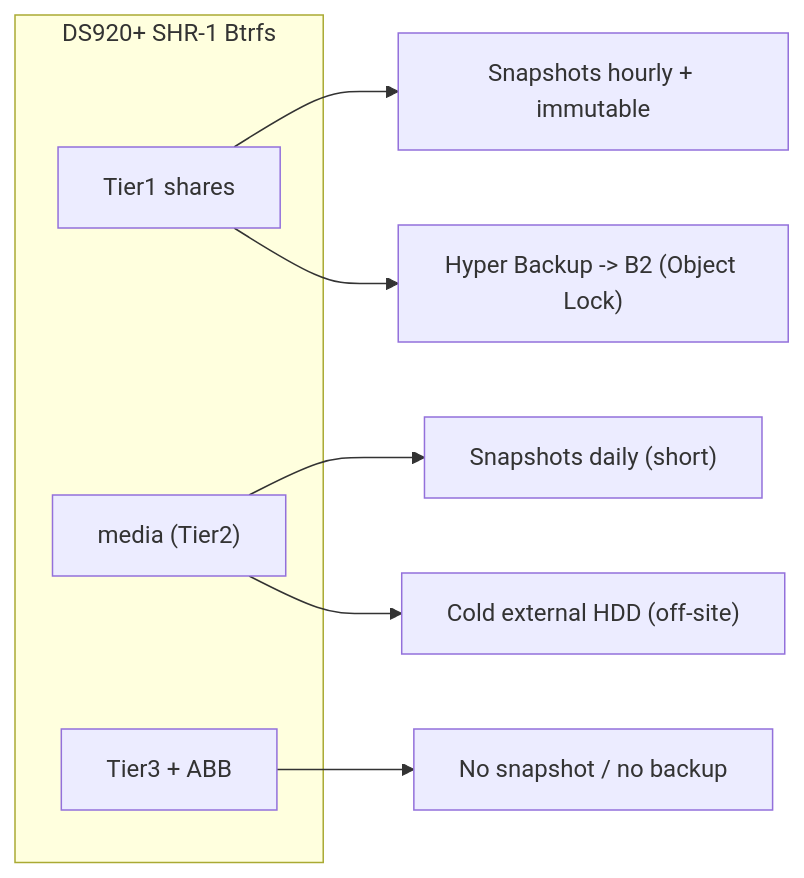
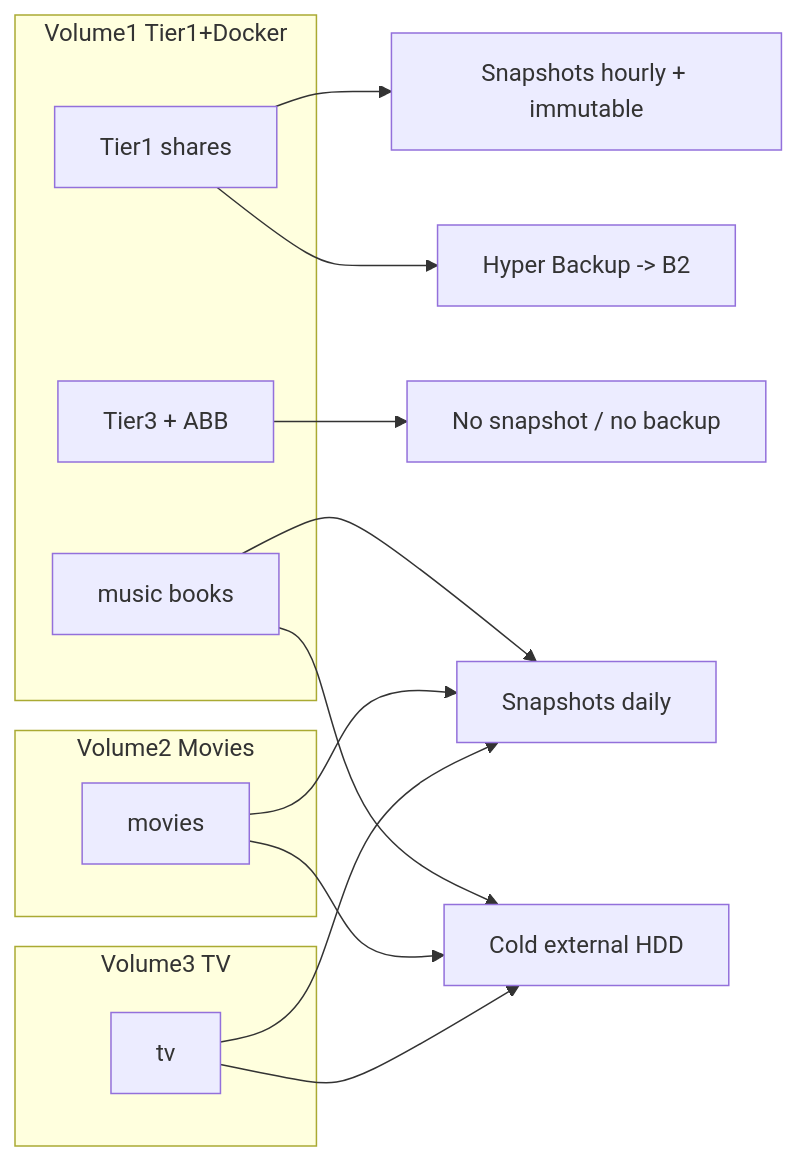
The second of 2 diagrams in nas-storage-schema.md (btabaska/home-config), drawn with Mermaid before and after one commit. The commit also changed other lines of this file and 30 other files, not shown here.

````diff
--- a/nas-storage-schema.md
+++ b/nas-storage-schema.md
@@ -153,13 +176,23 @@
 ```mermaid
 flowchart LR
-  subgraph nas["DS920+ SHR-1 Btrfs"]
+  subgraph vol1 ["Volume1 Tier1+Docker"]
     t1["Tier1 shares"]
-    t2["media (Tier2)"]
+    t2media["music books"]
     t3["Tier3 + ABB"]
   end
+  subgraph vol2 ["Volume2 Movies"]
+    mov["movies"]
+  end
+  subgraph vol3 ["Volume3 TV"]
+    tv2["tv"]
+  end
   t1 --> snap1["Snapshots hourly + immutable"]
-  t1 --> b2["Hyper Backup -> B2 (Object Lock)"]
-  t2 --> snap2["Snapshots daily (short)"]
-  t2 --> ext["Cold external HDD (off-site)"]
+  t1 --> b2["Hyper Backup -> B2"]
+  tv2 --> snap2["Snapshots daily"]
+  mov --> snap2
+  t2media --> snap2
+  tv2 --> ext["Cold external HDD"]
+  mov --> ext
+  t2media --> ext
   t3 --> none["No snapshot / no backup"]
 ```
````
